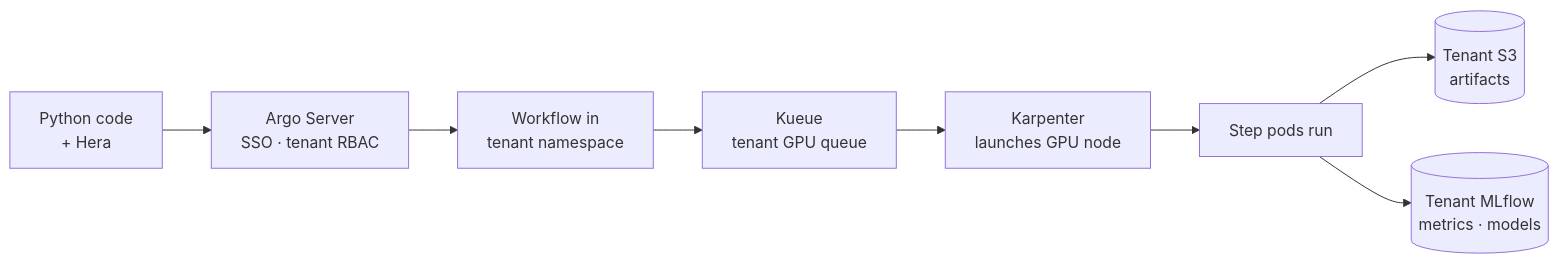
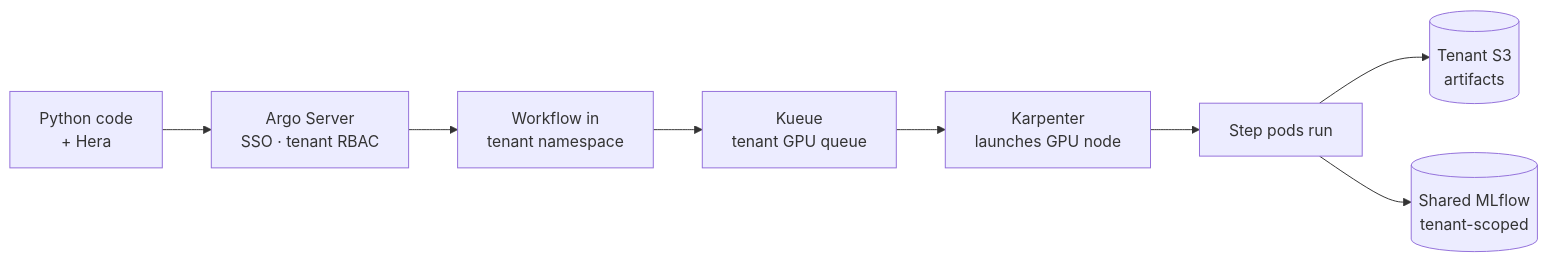
Before and after one commit to mlqube/.github: the third of 4 diagrams in docs/architecture.md, drawn with Mermaid. The commit also changed other lines of this file and 6 other files, not shown here.

Commit message:
docs: switch to one shared MLflow for all tenants (RDS PostgreSQL + S3), ADR-0007 accepted

````diff
--- a/docs/architecture.md
+++ b/docs/architecture.md
@@ -135,10 +136,10 @@
 ```mermaid
 flowchart LR
     PY[Python code<br/>+ Hera] --> AS[Argo Server<br/>SSO · tenant RBAC]
     AS --> WF[Workflow in<br/>tenant namespace]
     WF --> KQ[Kueue<br/>tenant GPU queue]
     KQ --> KP[Karpenter<br/>launches GPU node]
     KP --> POD[Step pods run]
     POD --> S3[(Tenant S3<br/>artifacts)]
-    POD --> MLF[(Tenant MLflow<br/>metrics · models)]
+    POD --> MLF[(Shared MLflow<br/>tenant-scoped)]
 ```
````
